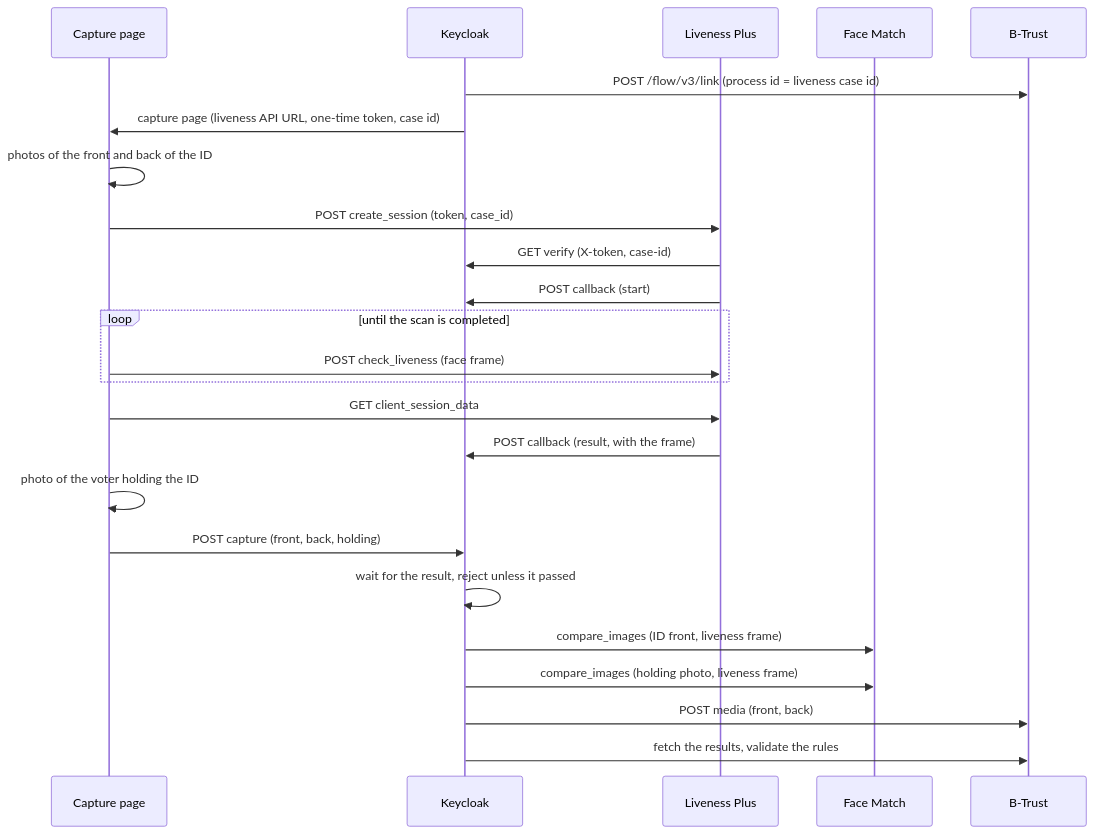
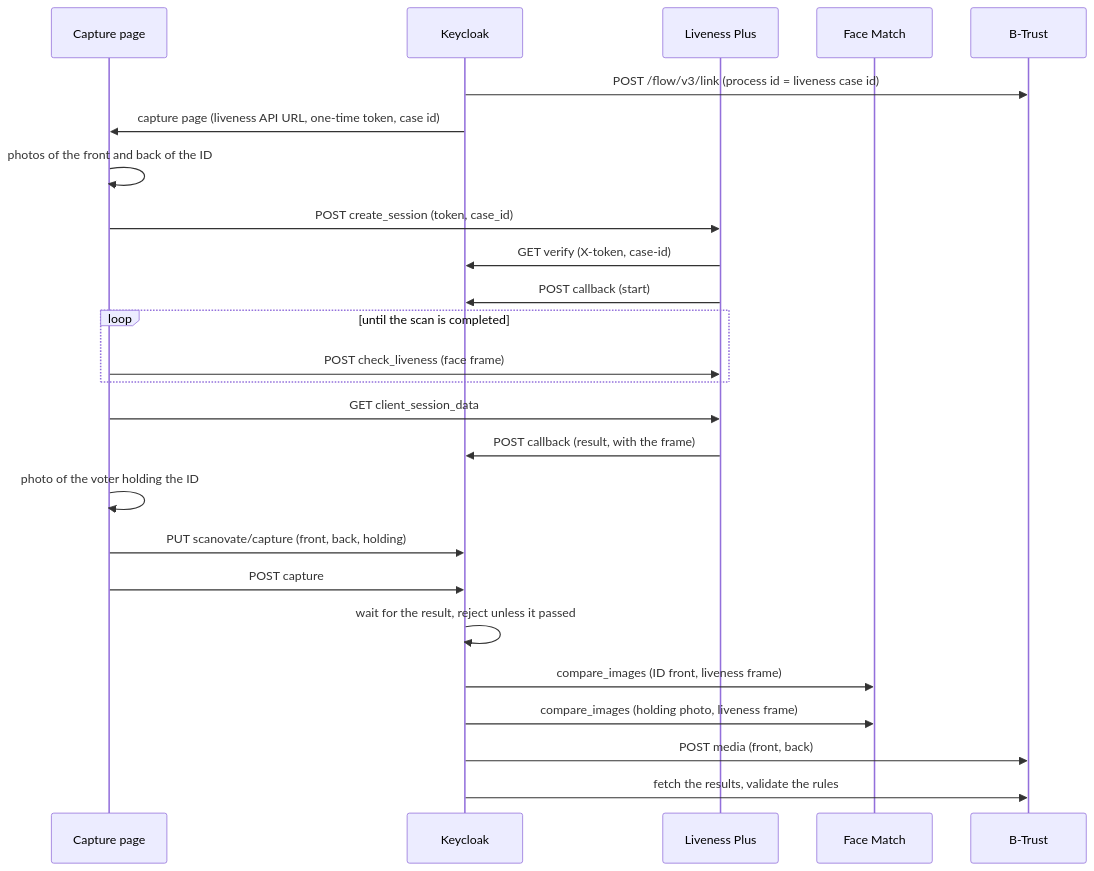
The diagram in docs/docusaurus/docs/integrations/scanovate_on_premise_guide.md (sequentech/step), drawn with Mermaid before and after one commit. The commit also changed other lines of this file and 4 other files, not shown here.

````diff
--- a/docs/docusaurus/docs/integrations/scanovate_on_premise_guide.md
+++ b/docs/docusaurus/docs/integrations/scanovate_on_premise_guide.md
@@ -68,26 +68,27 @@
 ```mermaid
 sequenceDiagram
     participant V as Capture page
     participant K as Keycloak
     participant L as Liveness Plus
     participant F as Face Match
     participant B as B-Trust
     K->>B: POST /flow/v3/link (process id = liveness case id)
     K->>V: capture page (liveness API URL, one-time token, case id)
     V->>V: photos of the front and back of the ID
     V->>L: POST create_session (token, case_id)
     L->>K: GET verify (X-token, case-id)
     L->>K: POST callback (start)
     loop until the scan is completed
         V->>L: POST check_liveness (face frame)
     end
     V->>L: GET client_session_data
     L->>K: POST callback (result, with the frame)
     V->>V: photo of the voter holding the ID
-    V->>K: POST capture (front, back, holding)
+    V->>K: PUT scanovate/capture (front, back, holding)
+    V->>K: POST capture
     K->>K: wait for the result, reject unless it passed
     K->>F: compare_images (ID front, liveness frame)
     K->>F: compare_images (holding photo, liveness frame)
     K->>B: POST media (front, back)
     K->>B: fetch the results, validate the rules
 ```
````
